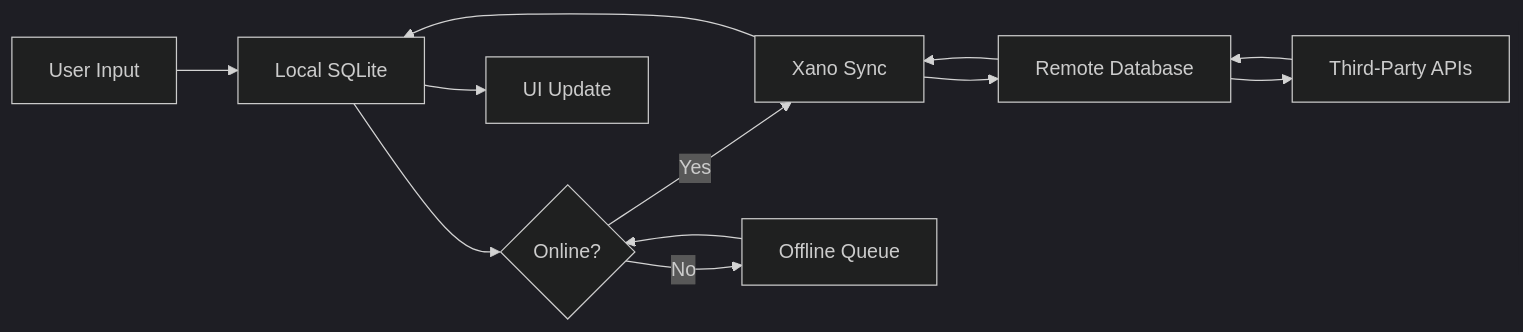
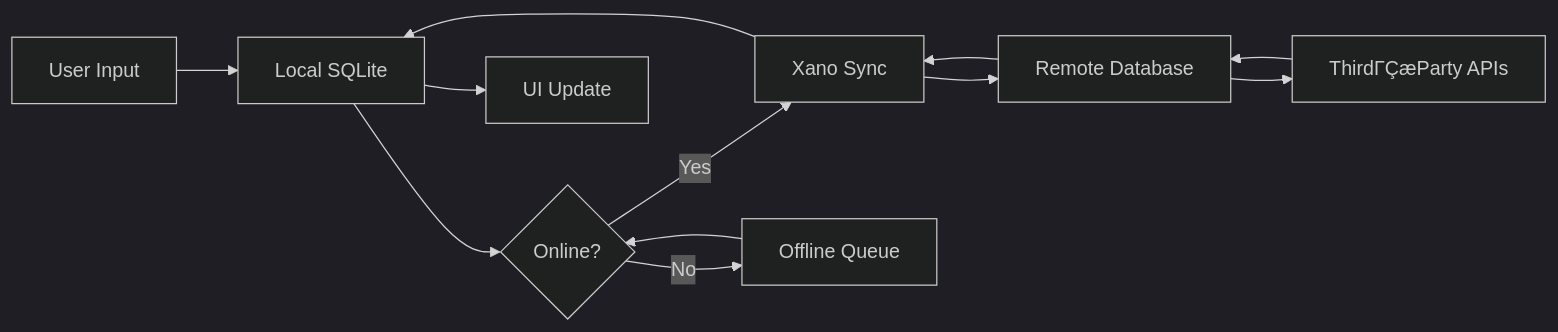
Before and after one commit to lucylow/ai-used-car-checker: the third of 3 diagrams in README.md, drawn with Mermaid (dark theme). The commit also changed other lines of this file and 48724 other files, not shown here.

````diff
--- a/README.md
+++ b/README.md
@@ -360,14 +360,14 @@
 ```mermaid
 graph LR
     A[User Input] --> B[Local SQLite]
     B --> C{Online?}
     C -->|Yes| D[Xano Sync]
     D --> E[Remote Database]
-    E --> F[Third‑Party APIs]
+    E --> F[ThirdΓÇæParty APIs]
     F --> E
     E --> D
     D --> B
     B --> G[UI Update]
     C -->|No| H[Offline Queue]
     H --> C
 ```
````
